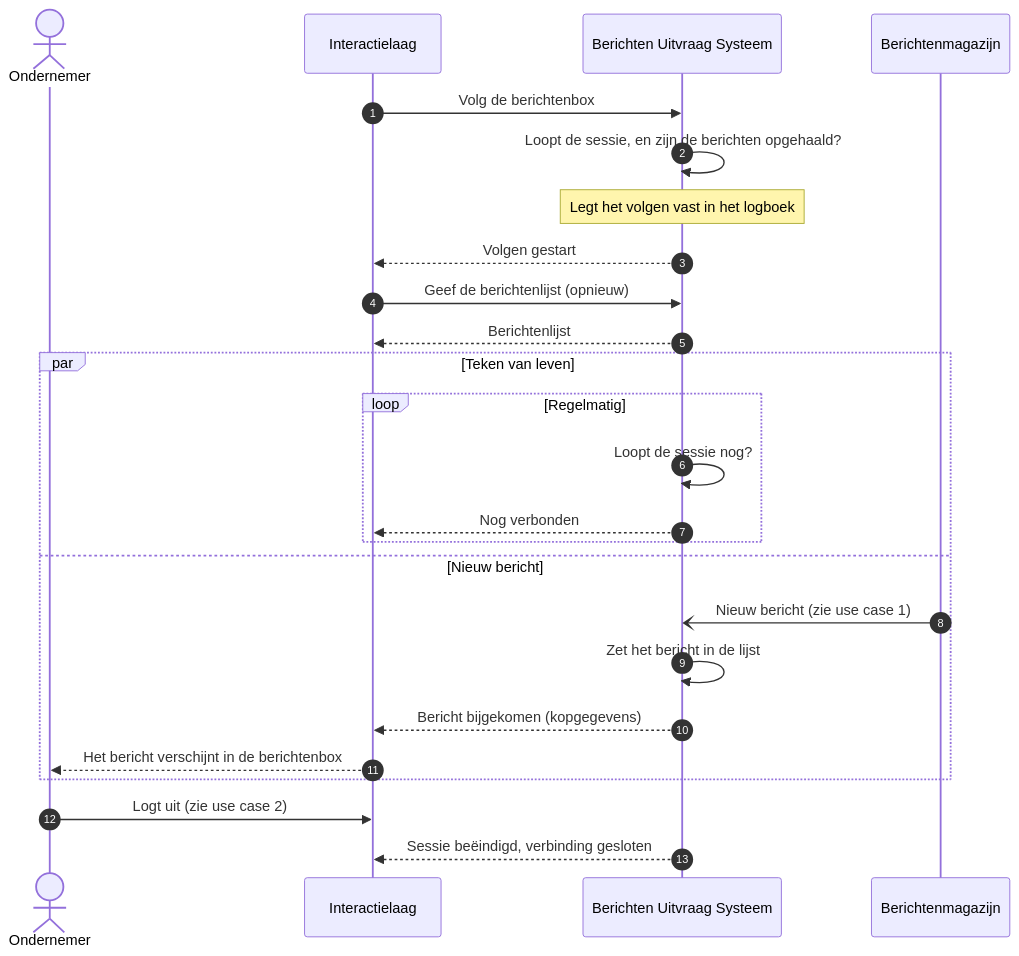
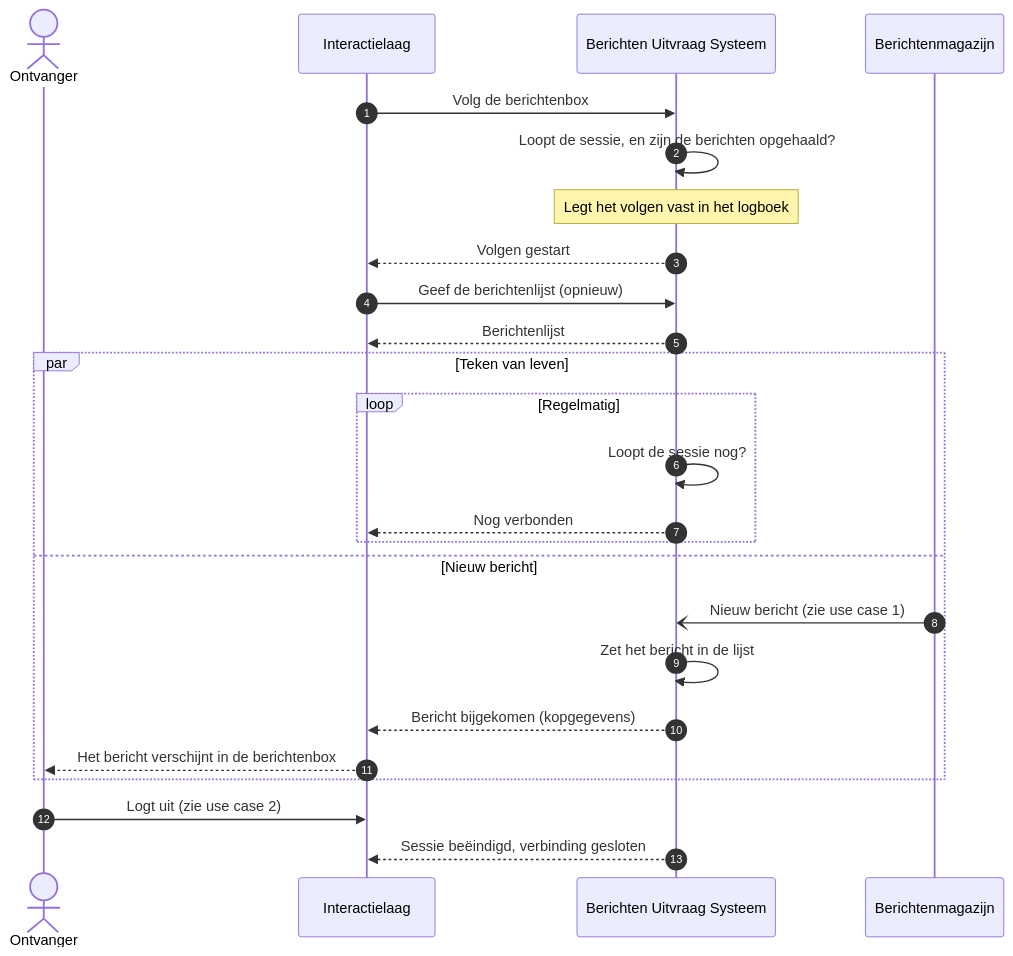
Before and after one commit to MinBZK/moza-poc-fbs-berichtenbox: the diagram in docs/architecture/workspace-docs/07-uc3-nieuwe-berichten-volgen.md, drawn with Mermaid. The commit also changed other lines of this file and 15 other files, not shown here.

First line of the commit message:
docs(architectuur): use cases generiek voor burgers en ondernemers

````diff
--- a/docs/architecture/workspace-docs/07-uc3-nieuwe-berichten-volgen.md
+++ b/docs/architecture/workspace-docs/07-uc3-nieuwe-berichten-volgen.md
@@ -30,30 +29,30 @@
 ```mermaid
 sequenceDiagram
     autonumber
-    actor OND as Ondernemer
+    actor ONT as Ontvanger
     participant IL as Interactielaag
     participant FBS as Berichten Uitvraag Systeem
     participant MAG as Berichtenmagazijn
 
     IL->>FBS: Volg de berichtenbox
     FBS->>FBS: Loopt de sessie, en zijn de berichten opgehaald?
     Note over FBS: Legt het volgen vast in het logboek
     FBS-->>IL: Volgen gestart
     IL->>FBS: Geef de berichtenlijst (opnieuw)
     FBS-->>IL: Berichtenlijst
 
     par Teken van leven
         loop Regelmatig
             FBS->>FBS: Loopt de sessie nog?
             FBS-->>IL: Nog verbonden
         end
     and Nieuw bericht
         MAG-)FBS: Nieuw bericht (zie use case 1)
         FBS->>FBS: Zet het bericht in de lijst
         FBS-->>IL: Bericht bijgekomen (kopgegevens)
-        IL-->>OND: Het bericht verschijnt in de berichtenbox
+        IL-->>ONT: Het bericht verschijnt in de berichtenbox
     end
 
-    OND->>IL: Logt uit (zie use case 2)
+    ONT->>IL: Logt uit (zie use case 2)
     FBS-->>IL: Sessie beëindigd, verbinding gesloten
 ```
````
